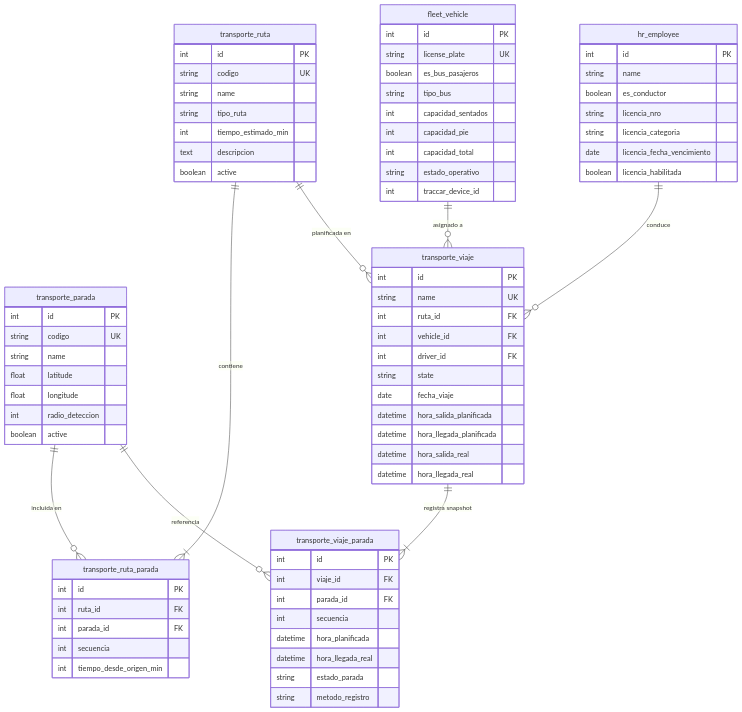
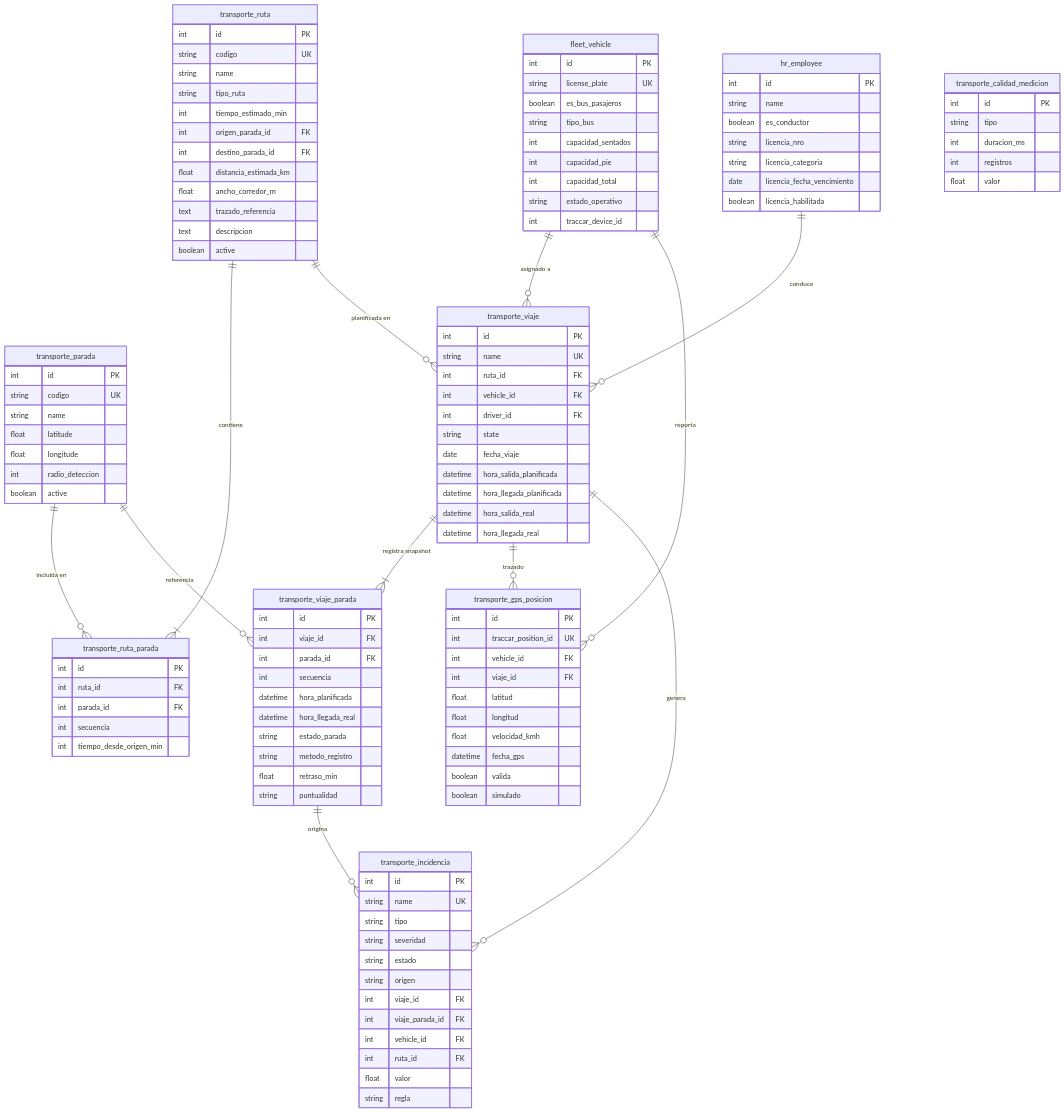
The third of 3 diagrams in docs/ARQUITECTURA.md (JorgeAlexand1/SGM-TB-Transporte), drawn with Mermaid before and after one commit. The commit also changed other lines of this file and 68 other files, not shown here.

````diff
--- a/docs/ARQUITECTURA.md
+++ b/docs/ARQUITECTURA.md
@@ -117,6 +136,11 @@
         string name
         string tipo_ruta
         int tiempo_estimado_min
+        int origen_parada_id FK
+        int destino_parada_id FK
+        float distancia_estimada_km
+        float ancho_corredor_m
+        text trazado_referencia
         text descripcion
         boolean active
     }
@@ -174,5 +198,48 @@
         datetime hora_llegada_real
         string estado_parada
         string metodo_registro
+        float retraso_min
+        string puntualidad
     }
+
+    transporte_gps_posicion {
+        int id PK
+        int traccar_position_id UK
+        int vehicle_id FK
+        int viaje_id FK
+        float latitud
+        float longitud
+        float velocidad_kmh
+        datetime fecha_gps
+        boolean valida
+        boolean simulado
+    }
+
+    transporte_incidencia {
+        int id PK
+        string name UK
+        string tipo
+        string severidad
+        string estado
+        string origen
+        int viaje_id FK
+        int viaje_parada_id FK
+        int vehicle_id FK
+        int ruta_id FK
+        float valor
+        string regla
+    }
+
+    transporte_calidad_medicion {
+        int id PK
+        string tipo
+        int duracion_ms
+        int registros
+        float valor
+    }
+
+    fleet_vehicle ||--o{ transporte_gps_posicion : "reporta"
+    transporte_viaje ||--o{ transporte_gps_posicion : "trazado"
+    transporte_viaje ||--o{ transporte_incidencia : "genera"
+    transporte_viaje_parada ||--o{ transporte_incidencia : "origina"
 ```
````
